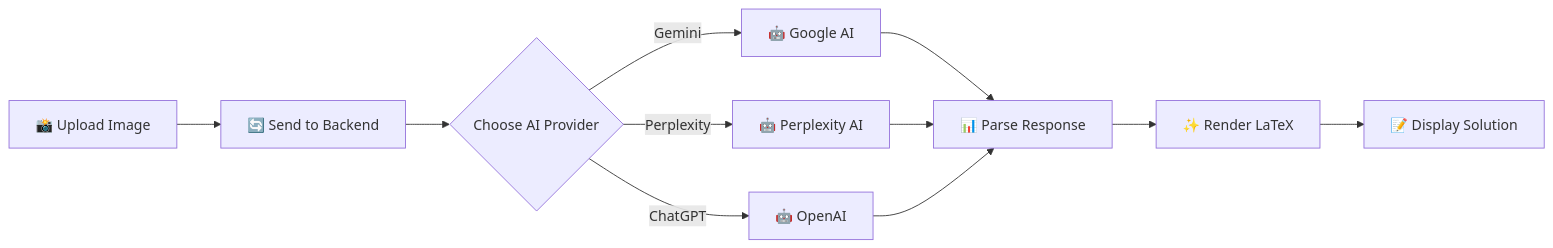
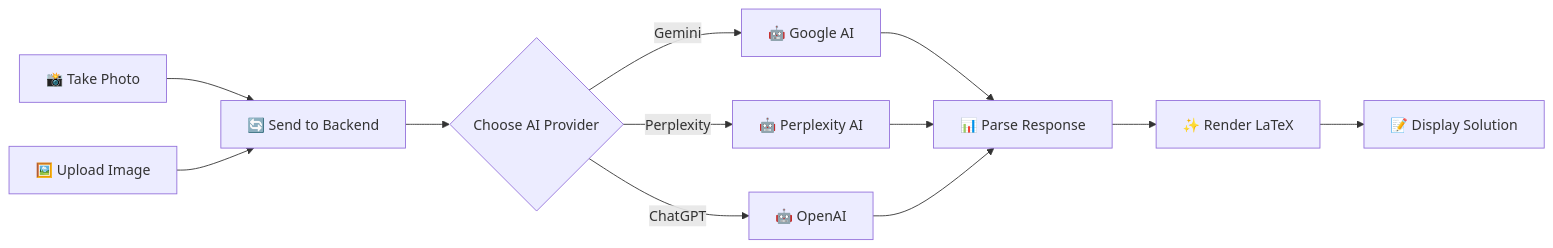
Before and after one commit to muzaddid-faruque/llm-math-solver: the diagram in README.md, drawn with Mermaid. The commit also changed other lines of this file, not shown here.

Commit message:
Update README with Take Photo feature

````diff
--- a/README.md
+++ b/README.md
@@ -124,13 +125,14 @@
 ```mermaid
 graph LR
-    A[📸 Upload Image] --> B[🔄 Send to Backend]
+    A1[📸 Take Photo] --> B[🔄 Send to Backend]
+    A2[🖼️ Upload Image] --> B
     B --> C{Choose AI Provider}
     C -->|Gemini| D[🤖 Google AI]
     C -->|Perplexity| E[🤖 Perplexity AI]
     C -->|ChatGPT| F[🤖 OpenAI]
     D --> G[📊 Parse Response]
     E --> G
     F --> G
     G --> H[✨ Render LaTeX]
     H --> I[📝 Display Solution]
 ```
````
